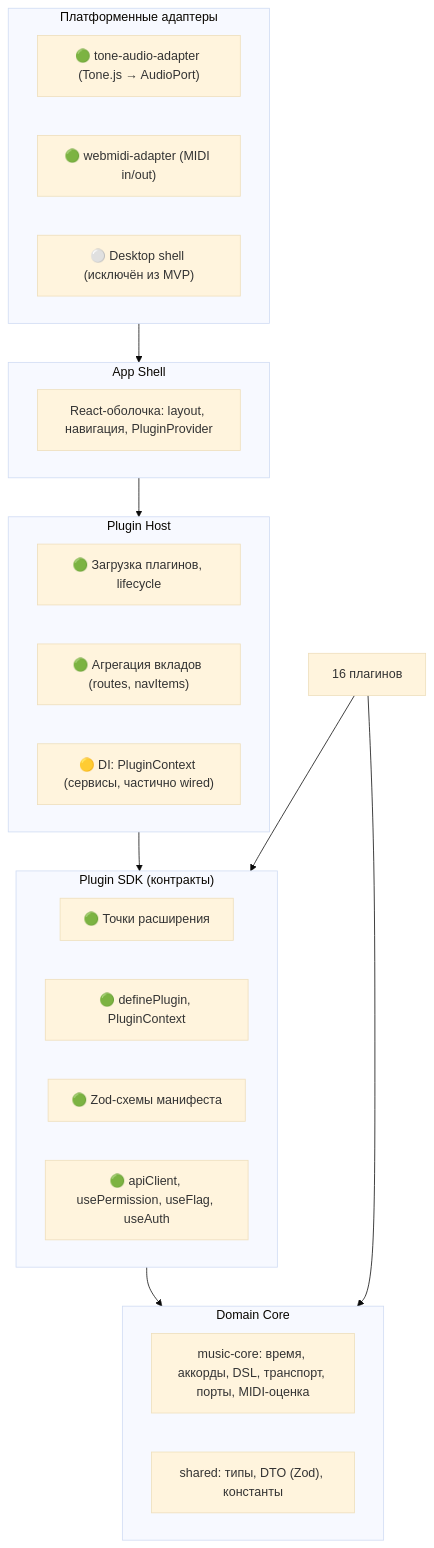
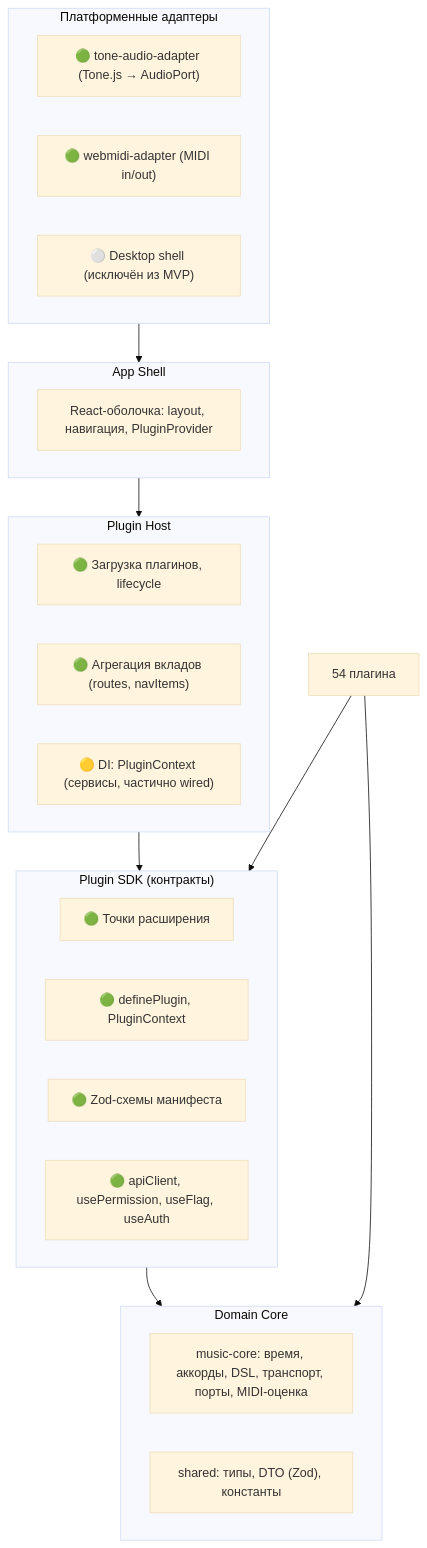
Before and after one commit to vadagama/jazz-trainer: the first of 3 diagrams in docs/ARCHITECTURE_BASE.md, drawn with Mermaid (base theme). The commit also changed other lines of this file and 187 other files, not shown here.

````diff
--- a/docs/ARCHITECTURE_BASE.md
+++ b/docs/ARCHITECTURE_BASE.md
@@ -25,37 +25,37 @@
 ```mermaid
 graph TD
     subgraph edge["Платформенные адаптеры"]
         A1["🟢 tone-audio-adapter (Tone.js → AudioPort)"]
         A2["🟢 webmidi-adapter (MIDI in/out)"]
         A3["⚪ Desktop shell (исключён из MVP)"]
     end
 
     subgraph shell["App Shell"]
         S1["React-оболочка: layout, навигация, PluginProvider"]
     end
 
     subgraph host["Plugin Host"]
         H1["🟢 Загрузка плагинов, lifecycle"]
         H2["🟢 Агрегация вкладов (routes, navItems)"]
         H3["🟡 DI: PluginContext (сервисы, частично wired)"]
     end
 
     subgraph sdk["Plugin SDK (контракты)"]
         K1["🟢 Точки расширения"]
         K2["🟢 definePlugin, PluginContext"]
         K3["🟢 Zod-схемы манифеста"]
         K4["🟢 apiClient, usePermission, useFlag, useAuth"]
     end
 
     subgraph core["Domain Core"]
         C1["music-core: время, аккорды, DSL, транспорт, порты, MIDI-оценка"]
         C2["shared: типы, DTO (Zod), константы"]
     end
 
     edge --> shell
     shell --> host
     host --> sdk
     sdk --> core
-    plugins["16 плагинов"] --> sdk
+    plugins["54 плагина"] --> sdk
     plugins --> core
 ```
````
